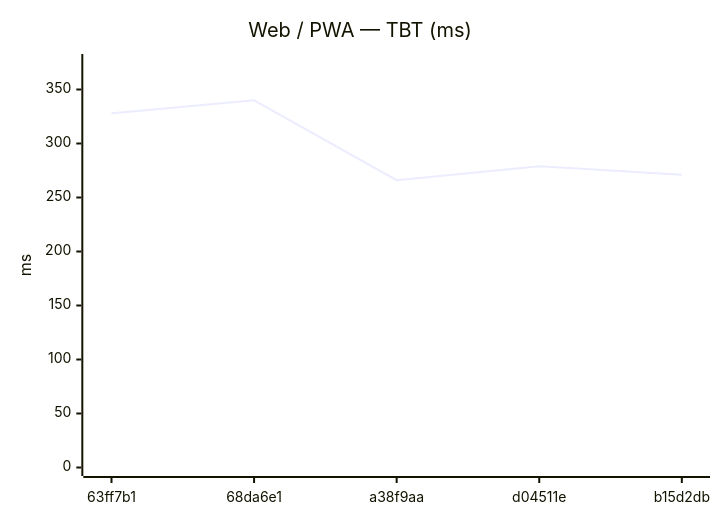
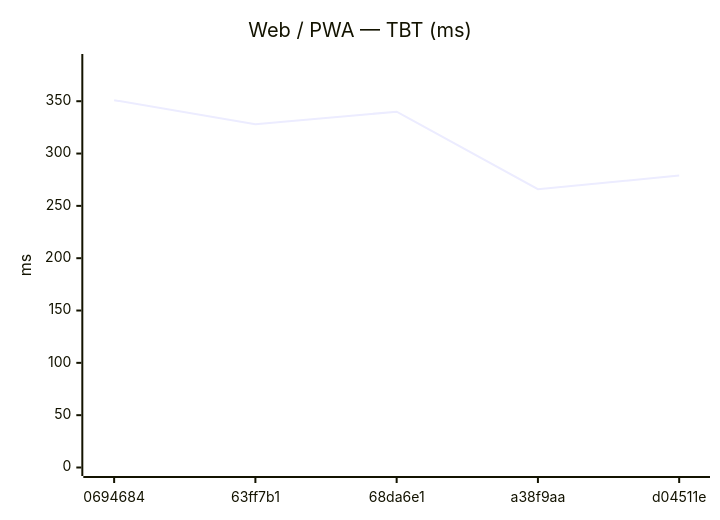
Before and after one commit to Metaheurist/Rianell: the eighth of 18 diagrams in benchmarks/compare.md, drawn with Mermaid. The commit also changed other lines of this file and 11 other files, not shown here.

````diff
--- a/benchmarks/compare.md
+++ b/benchmarks/compare.md
@@ -124,7 +124,7 @@
 ```mermaid
 xychart-beta
     title "Web / PWA — TBT (ms)"
-    x-axis ["63ff7b1", "68da6e1", "a38f9aa", "d04511e", "b15d2db"]
-    y-axis "ms" 0 --> 375
-    line [328, 340, 266, 279, 271]
+    x-axis ["0694684", "63ff7b1", "68da6e1", "a38f9aa", "d04511e"]
+    y-axis "ms" 0 --> 387
+    line [351, 328, 340, 266, 279]
 ```
````
